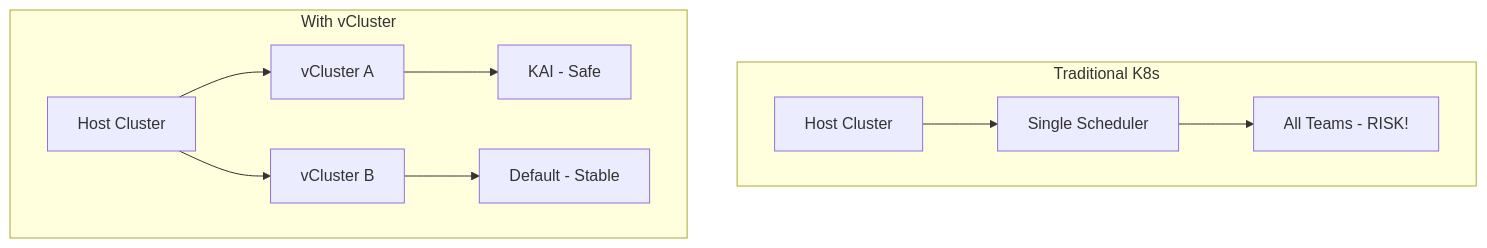
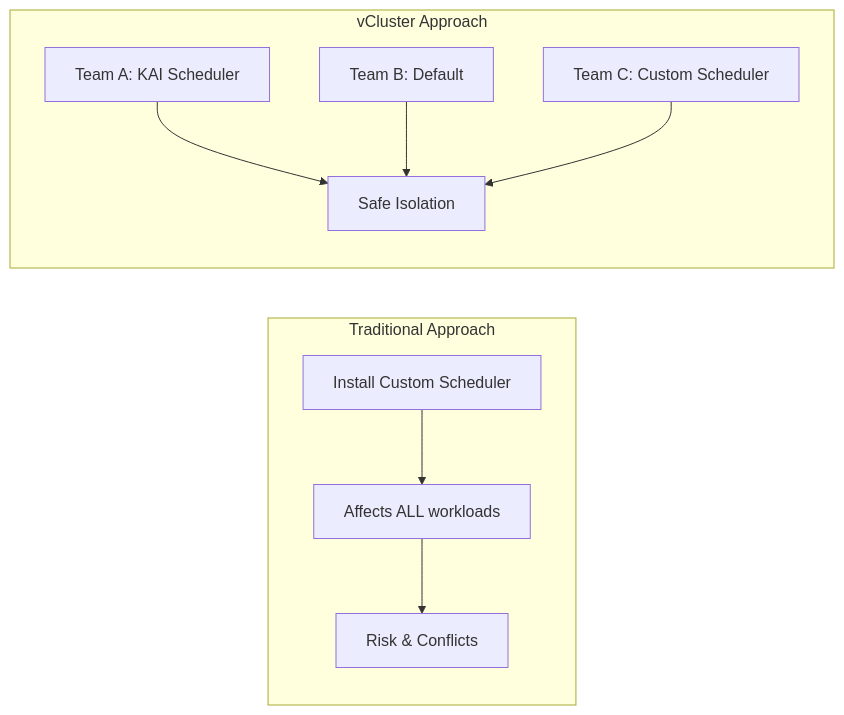
One commit to Piotr1215/youtube changed the third of 4 diagrams in kai-scheduler/presentation.md. Above: the diagram before and after it, drawn with Mermaid. The commit also changed other lines of this file and 29 other files, not shown here.

Commit message:
feat: vcluster with kai scheduler demo

````diff
--- a/kai-scheduler/presentation.md
+++ b/kai-scheduler/presentation.md
@@ -24,14 +167,17 @@
 ```mermaid +render
-graph TB
-    subgraph "Traditional K8s"
-        A[Host Cluster] --> B[Single Scheduler]
-        B --> C[All Teams - RISK!]
+graph LR
+    subgraph "Traditional Approach"
+        T1[Install Custom Scheduler]
+        T1 --> T2[Affects ALL workloads]
+        T2 --> T3[Risk & Conflicts]
     end
     
-    subgraph "With vCluster"
-        D[Host Cluster] --> E[vCluster A]
-        D --> F[vCluster B]
-        E --> G[KAI - Safe]
-        F --> H[Default - Stable]
+    subgraph "vCluster Approach"
+        V1[Team A: KAI Scheduler]
+        V2[Team B: Default]
+        V3[Team C: Custom Scheduler]
+        V1 --> S[Safe Isolation]
+        V2 --> S
+        V3 --> S
     end
 ```
````
